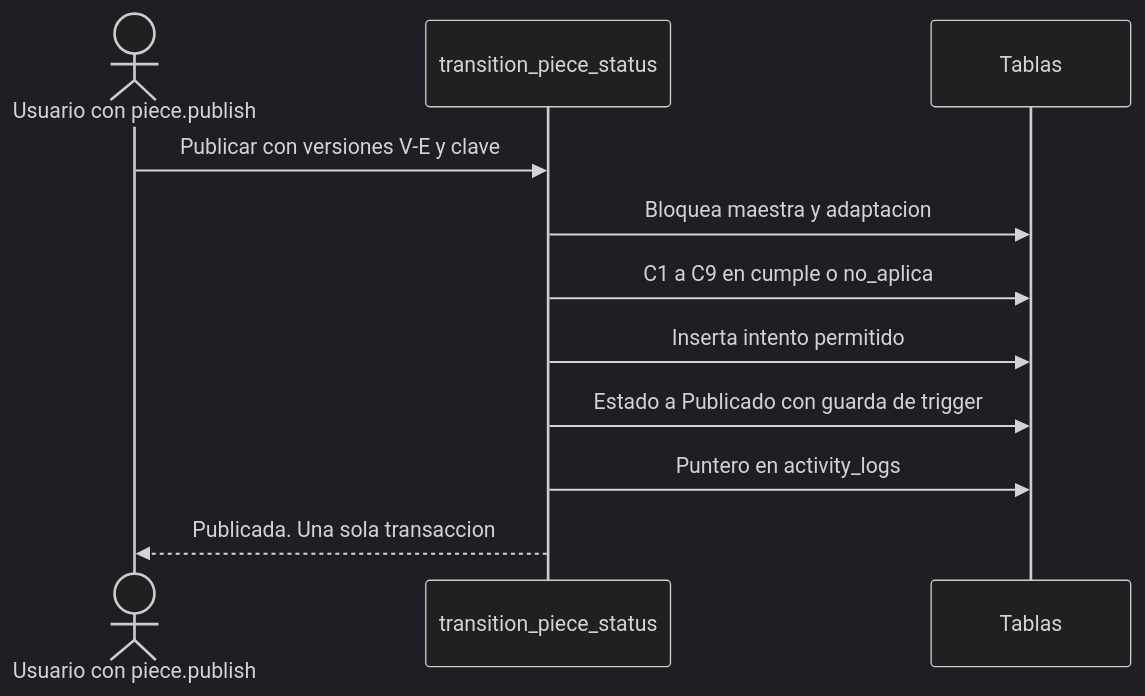
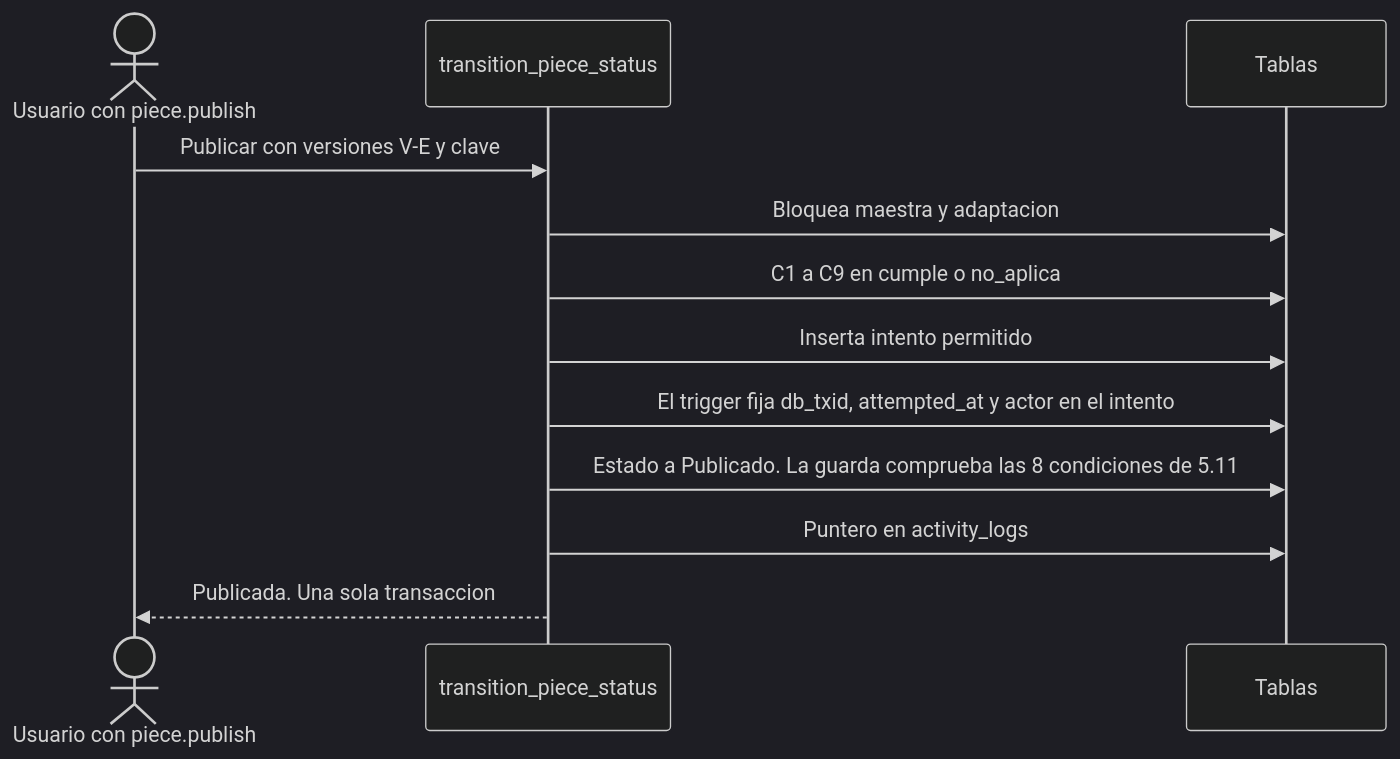
The ninth of 17 diagrams in docs/fase0/ESPECIFICACION_TECNICA_G1_G5_G10.md (appalex47-lab/Copy-Creative-Intelligence), drawn with Mermaid (dark theme) before and after one commit. The commit also changed other lines of this file and 8 other files, not shown here.

````diff
--- a/docs/fase0/ESPECIFICACION_TECNICA_G1_G5_G10.md
+++ b/docs/fase0/ESPECIFICACION_TECNICA_G1_G5_G10.md
@@ -915,13 +1202,14 @@
 ```mermaid
 sequenceDiagram
   actor U as Usuario con piece.publish
   participant T as transition_piece_status
   participant DB as Tablas
   U->>T: Publicar con versiones V-E y clave
   T->>DB: Bloquea maestra y adaptacion
   T->>DB: C1 a C9 en cumple o no_aplica
   T->>DB: Inserta intento permitido
-  T->>DB: Estado a Publicado con guarda de trigger
+  T->>DB: El trigger fija db_txid, attempted_at y actor en el intento
+  T->>DB: Estado a Publicado. La guarda comprueba las 8 condiciones de 5.11
   T->>DB: Puntero en activity_logs
   T-->>U: Publicada. Una sola transaccion
 ```
````
